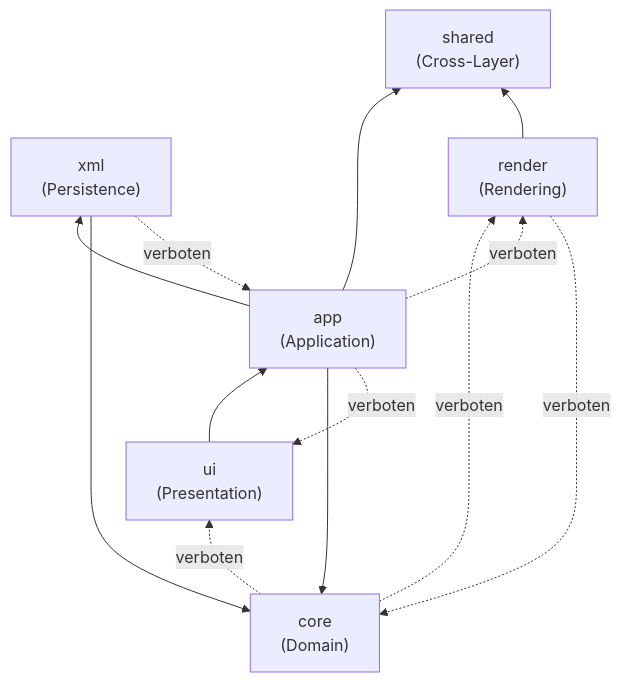
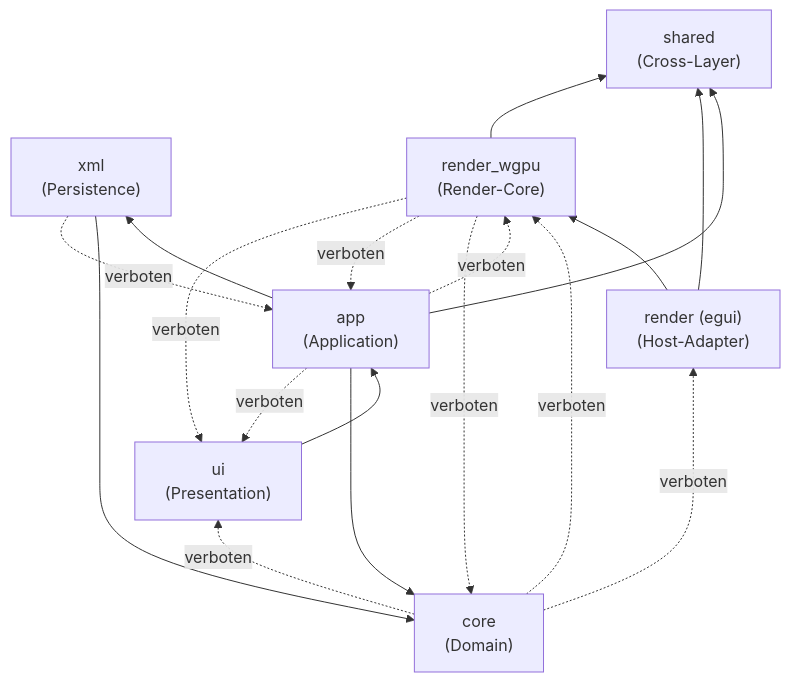
One commit to mro68/fs25_ad_editor changed the second of 8 diagrams in docs/ARCHITECTURE_PLAN.md. Above: the diagram before and after it, drawn with Mermaid. The commit also changed other lines of this file and 9 other files, not shown here.

Commit message:
docs(workspace): sync renderer seam guardrails and architecture

````diff
--- a/docs/ARCHITECTURE_PLAN.md
+++ b/docs/ARCHITECTURE_PLAN.md
@@ -70,23 +76,29 @@
 ```mermaid
 graph BT
     CORE["core\n(Domain)"]
     XML["xml\n(Persistence)"]
     APP["app\n(Application)"]
     UI["ui\n(Presentation)"]
-    RENDER["render\n(Rendering)"]
+    RENDER_HOST["render (egui)\n(Host-Adapter)"]
+    RENDER_CORE["render_wgpu\n(Render-Core)"]
     SHARED["shared\n(Cross-Layer)"]
 
     XML  --> CORE
     APP  --> CORE
     APP  --> XML
     APP  --> SHARED
     UI   --> APP
-    RENDER --> SHARED
+    RENDER_HOST --> SHARED
+    RENDER_HOST --> RENDER_CORE
+    RENDER_CORE --> SHARED
 
     CORE  -.->|verboten| UI
-    CORE  -.->|verboten| RENDER
+    CORE  -.->|verboten| RENDER_HOST
+    CORE  -.->|verboten| RENDER_CORE
     APP   -.->|verboten| UI
-    APP   -.->|verboten| RENDER
-    RENDER -.->|verboten| CORE
+    APP   -.->|verboten| RENDER_CORE
+    RENDER_CORE -.->|verboten| CORE
+    RENDER_CORE -.->|verboten| APP
+    RENDER_CORE -.->|verboten| UI
     XML   -.->|verboten| APP
 ```
````
